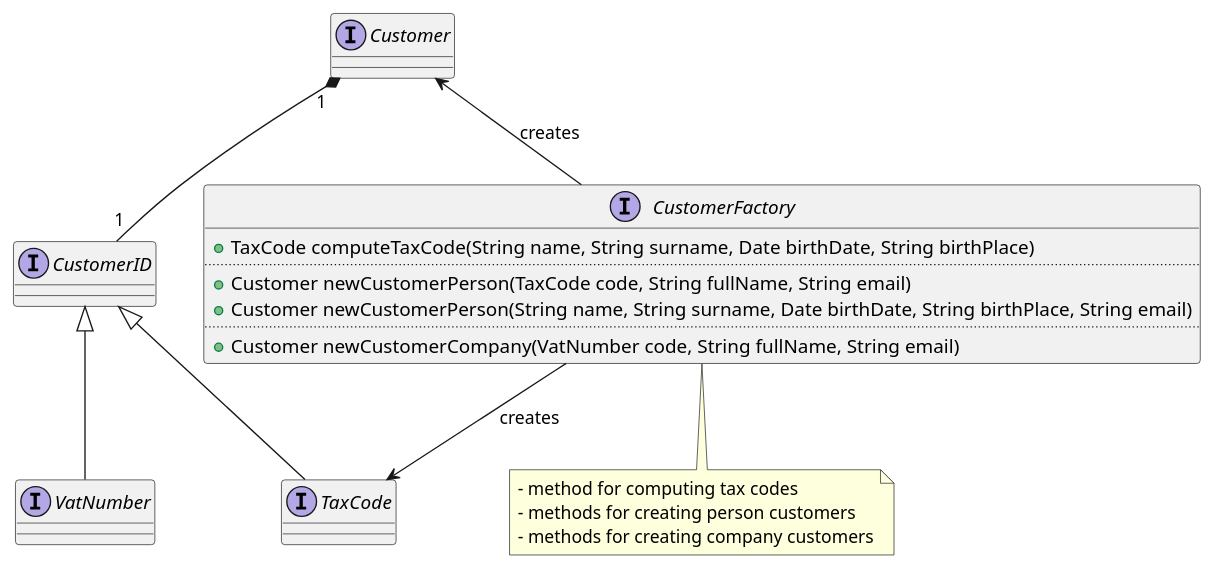
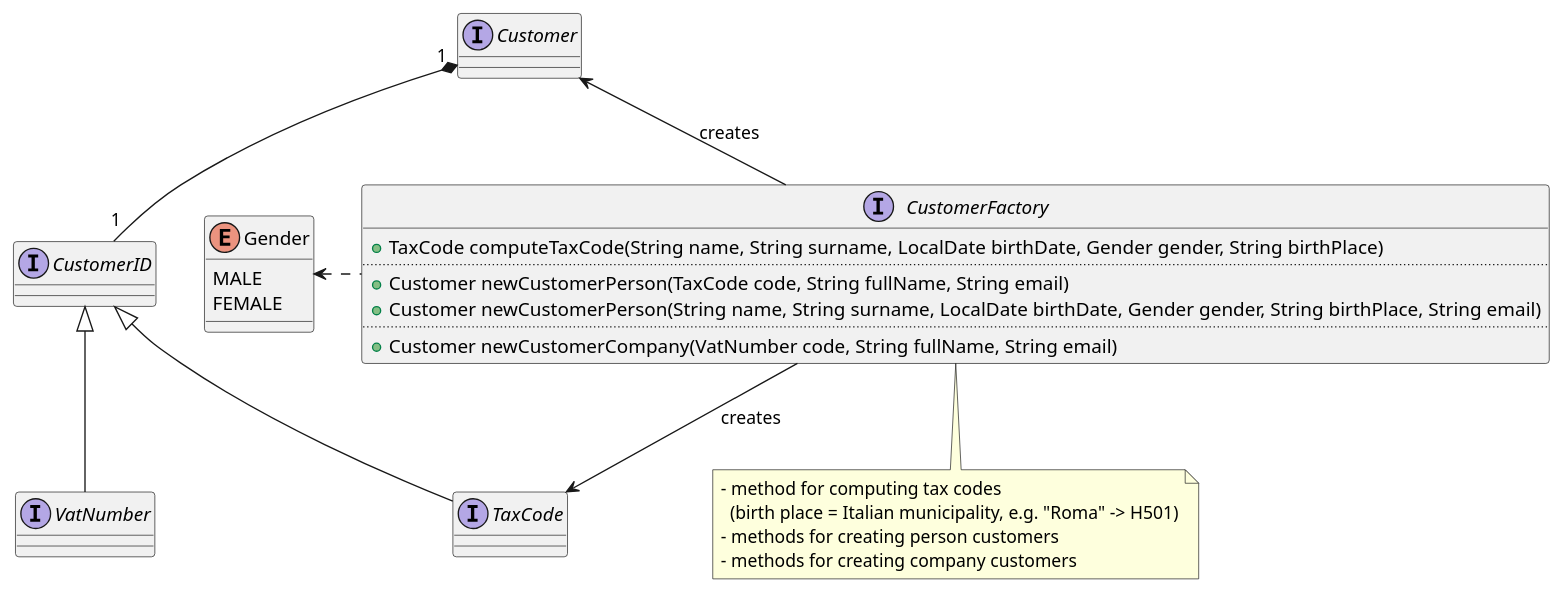
Before and after one commit to unibo-spe/spe-slides: the eighth of 9 diagrams in content/10-ddd/_index.md, drawn with PlantUML. The commit also changed other lines of this file, not shown here.

Commit message:
fix(ddd): Instant instead of Date, tax codes depend on gender and birth place, align with exercise repo

```diff
--- a/content/10-ddd/_index.md
+++ b/content/10-ddd/_index.md
@@ -1462,31 +1462,39 @@
 {{< plantuml >}}
 interface CustomerID
 
 interface TaxCode
 
 interface VatNumber
 
 interface Customer
 
 Customer "1" *-- "1" CustomerID
 
 VatNumber -u-|> CustomerID
 TaxCode -u-|> CustomerID
 
+enum Gender {
+    MALE
+    FEMALE
+}
+
 interface CustomerFactory {
-    + TaxCode computeTaxCode(String name, String surname, Date birthDate, String birthPlace)
+    + TaxCode computeTaxCode(String name, String surname, LocalDate birthDate, Gender gender, String birthPlace)
     ..
     + Customer newCustomerPerson(TaxCode code, String fullName, String email)
-    + Customer newCustomerPerson(String name, String surname, Date birthDate, String birthPlace, String email)
+    + Customer newCustomerPerson(String name, String surname, LocalDate birthDate, Gender gender, String birthPlace, String email)
     ..
     + Customer newCustomerCompany(VatNumber code, String fullName, String email)
 }
 note bottom of CustomerFactory
 - method for computing tax codes
+  (birth place = Italian municipality, e.g. "Roma" -> H501)
 - methods for creating person customers
 - methods for creating company customers
 end note
 
+CustomerFactory .l.> Gender
+
 CustomerFactory -r-> TaxCode: creates
 CustomerFactory -u-> Customer: creates
 {{< /plantuml >}}
```
